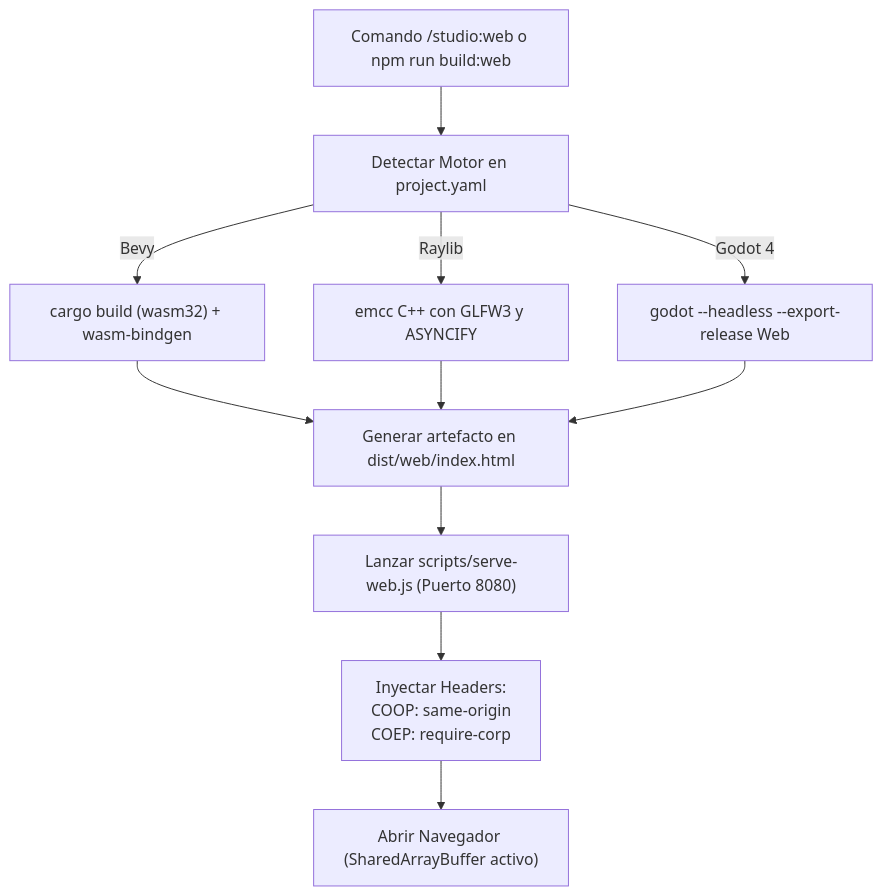
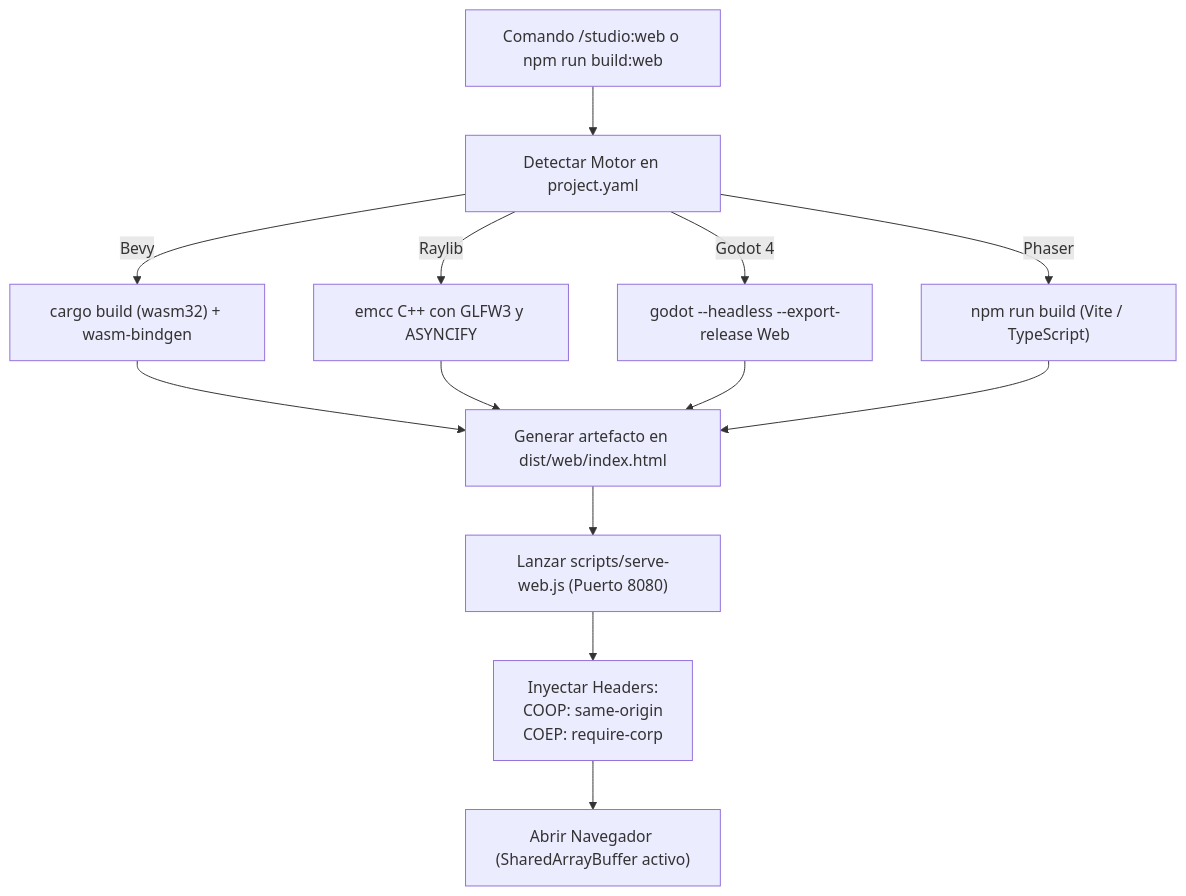
The fourth of 7 diagrams in docs/architecture-flowcharts.md (Alitoxx/pi-game-studio), drawn with Mermaid before and after one commit. The commit also changed other lines of this file and 93 other files, not shown here.

````diff
--- a/docs/architecture-flowcharts.md
+++ b/docs/architecture-flowcharts.md
@@ -89,14 +89,15 @@
 ```mermaid
 flowchart TD
     Start["Comando /studio:web o npm run build:web"] --> Detect["Detectar Motor en project.yaml"]
     
     Detect -->|Bevy| BevyBuild["cargo build (wasm32) + wasm-bindgen"]
     Detect -->|Raylib| RaylibBuild["emcc C++ con GLFW3 y ASYNCIFY"]
     Detect -->|Godot 4| GodotBuild["godot --headless --export-release Web"]
+    Detect -->|Phaser| PhaserBuild["npm run build (Vite / TypeScript)"]
 
-    BevyBuild & RaylibBuild & GodotBuild --> Dist["Generar artefacto en dist/web/index.html"]
+    BevyBuild & RaylibBuild & GodotBuild & PhaserBuild --> Dist["Generar artefacto en dist/web/index.html"]
     
     Dist --> Server["Lanzar scripts/serve-web.js (Puerto 8080)"]
     Server --> Headers["Inyectar Headers:<br/>COOP: same-origin<br/>COEP: require-corp"]
     Headers --> Browser["Abrir Navegador (SharedArrayBuffer activo)"]
 ```
````
